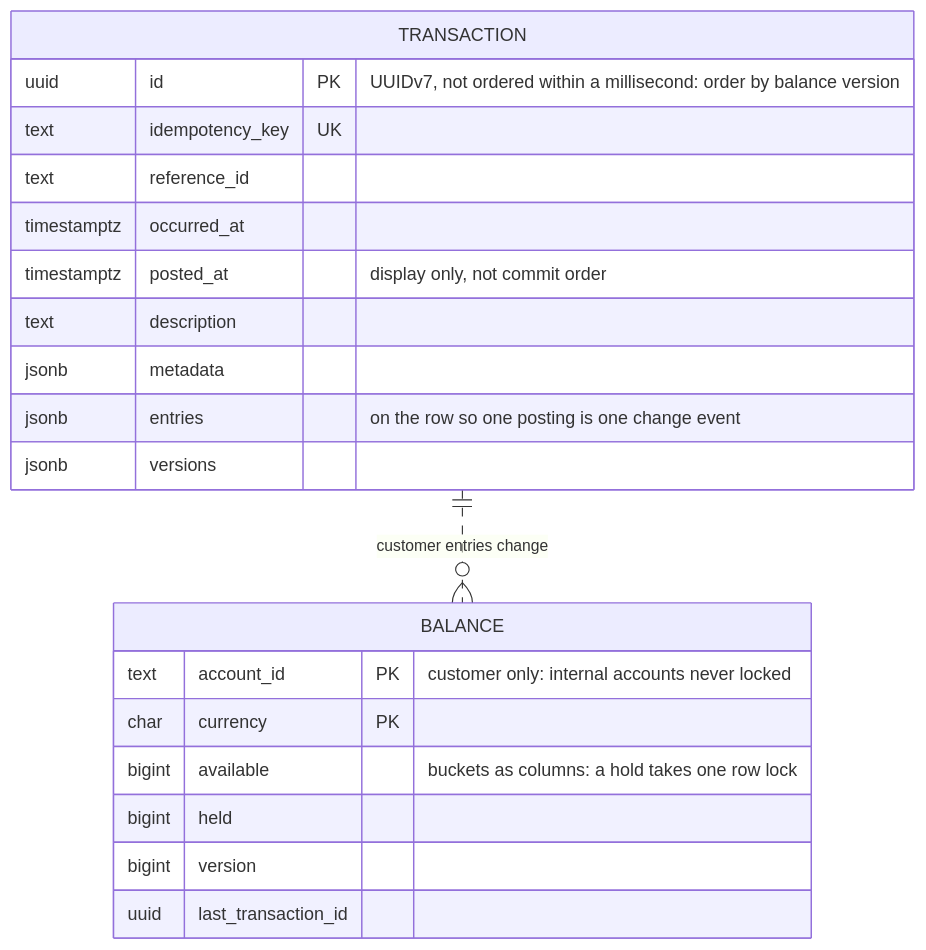
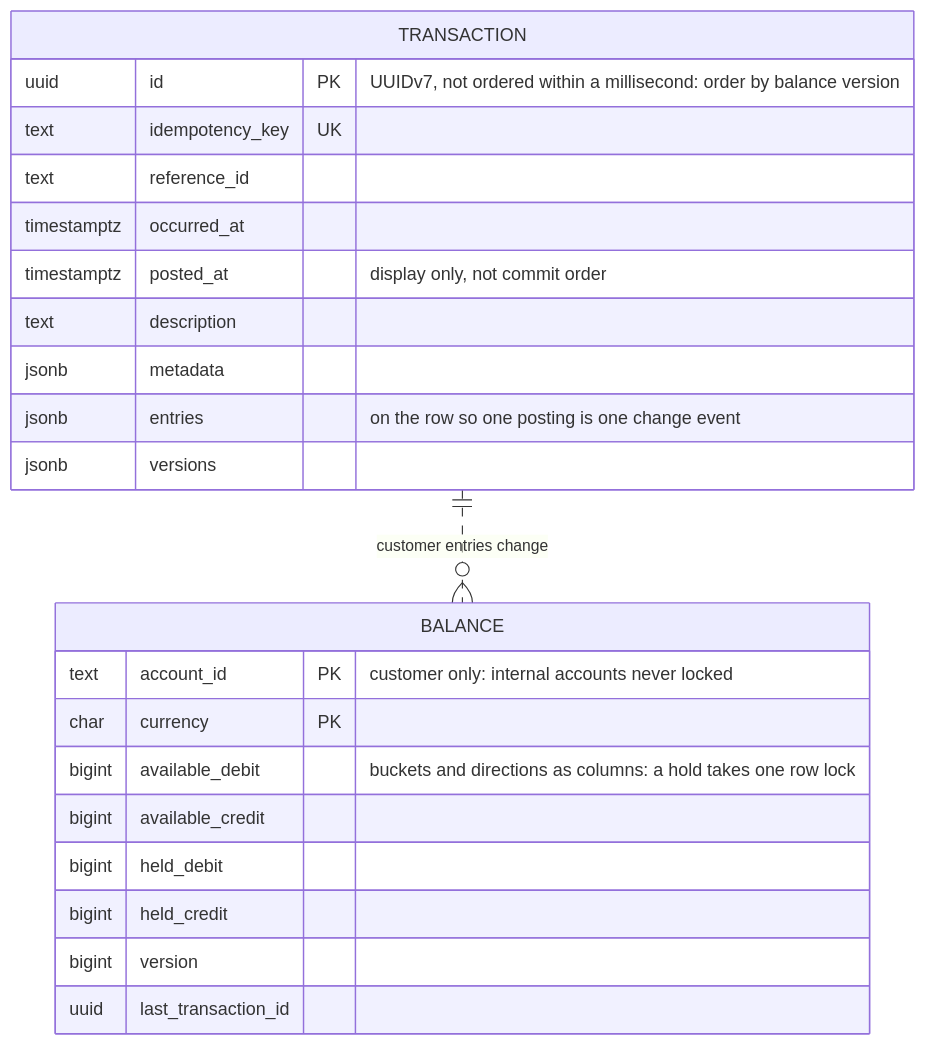
One commit to apulbere/ledger changed the diagram in services/journal/docs/data-model.md. Above: the diagram before and after it, drawn with Mermaid. The commit also changed 15 other files, not shown here.

First line of the commit message:
Split journal balances into debit and credit totals per bucket

````diff
--- a/services/journal/docs/data-model.md
+++ b/services/journal/docs/data-model.md
@@ -5,23 +5,25 @@
 ```mermaid
 erDiagram
     TRANSACTION {
         uuid id PK "UUIDv7, not ordered within a millisecond: order by balance version"
         text idempotency_key UK
         text reference_id
         timestamptz occurred_at
         timestamptz posted_at "display only, not commit order"
         text description
         jsonb metadata
         jsonb entries "on the row so one posting is one change event"
         jsonb versions
     }
     BALANCE {
         text account_id PK "customer only: internal accounts never locked"
         char currency PK
-        bigint available "buckets as columns: a hold takes one row lock"
-        bigint held
+        bigint available_debit "buckets and directions as columns: a hold takes one row lock"
+        bigint available_credit
+        bigint held_debit
+        bigint held_credit
         bigint version
         uuid last_transaction_id
     }
     TRANSACTION ||..o{ BALANCE : "customer entries change"
 ```
````
